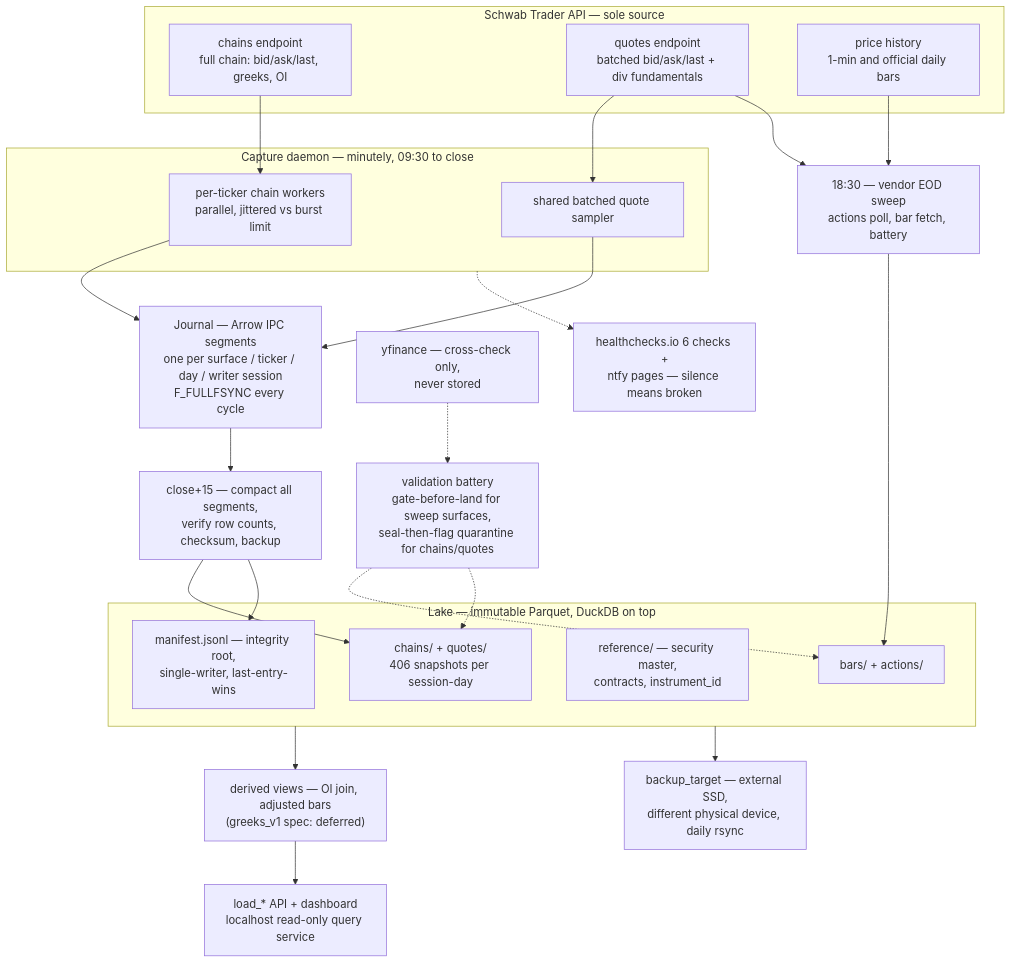
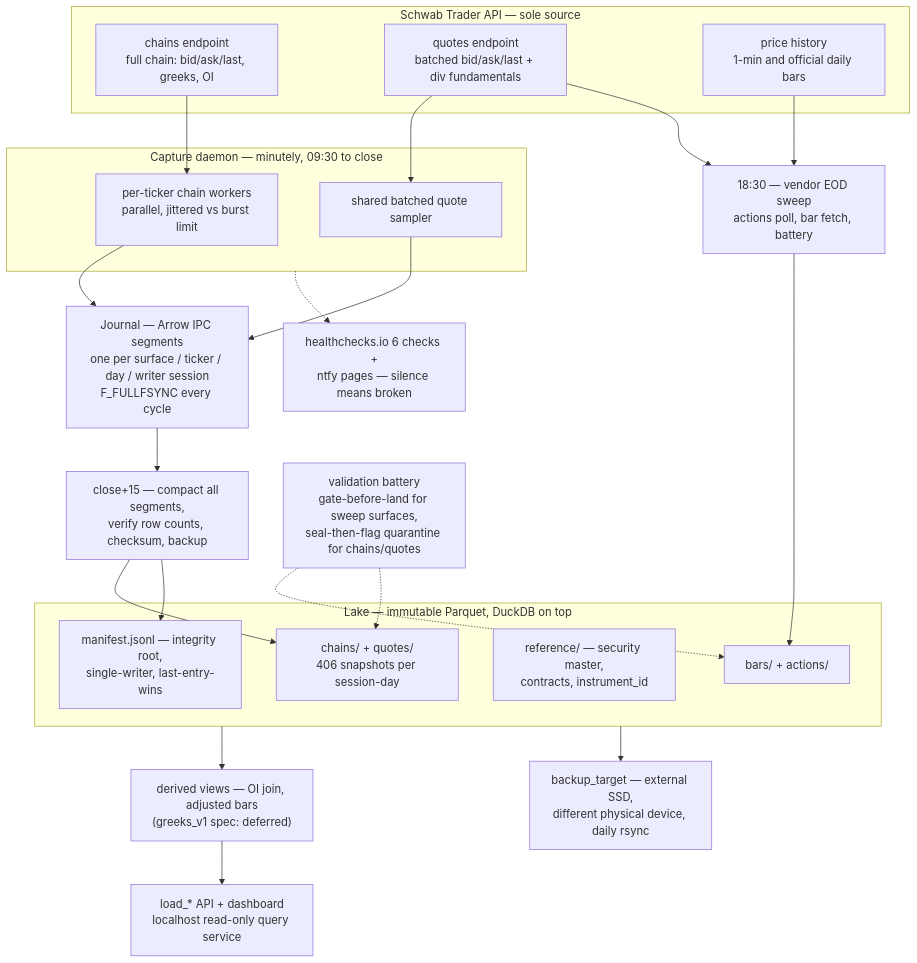
One commit to UsmanGhias/marketlake changed the diagram in docs/design.md. Above: the diagram before and after it, drawn with Mermaid. The commit also changed other lines of this file and 1 other file, not shown here.

First line of the commit message:
docs: cut the second vendor from the cross-check (#288)

````diff
--- a/docs/design.md
+++ b/docs/design.md
@@ -40,50 +40,48 @@
 ```mermaid
 flowchart TB
   subgraph SCHWAB["Schwab Trader API — sole source"]
     CH["chains endpoint<br/>full chain: bid/ask/last, greeks, OI"]
     QT["quotes endpoint<br/>batched bid/ask/last + div fundamentals"]
     PH["price history<br/>1-min and official daily bars"]
   end
 
   subgraph CAP["Capture daemon — minutely, 09:30 to close"]
     W["per-ticker chain workers<br/>parallel, jittered vs burst limit"]
     QS["shared batched quote sampler"]
   end
 
   J["Journal — Arrow IPC segments<br/>one per surface / ticker / day / writer session<br/>F_FULLFSYNC every cycle"]
 
   CMP["close+15 — compact all segments,<br/>verify row counts, checksum, backup"]
   SWP["18:30 — vendor EOD sweep<br/>actions poll, bar fetch, battery"]
 
   subgraph LAKE["Lake — immutable Parquet, DuckDB on top"]
     CP["chains/ + quotes/<br/>406 snapshots per session-day"]
     BP["bars/ + actions/"]
     RP["reference/ — security master,<br/>contracts, instrument_id"]
     MF["manifest.jsonl — integrity root,<br/>single-writer, last-entry-wins"]
   end
 
   BAT["validation battery<br/>gate-before-land for sweep surfaces,<br/>seal-then-flag quarantine for chains/quotes"]
-  YF["yfinance — cross-check only,<br/>never stored"]
   BK["backup_target — external SSD,<br/>different physical device, daily rsync"]
   DV["derived views — OI join, adjusted bars<br/>(greeks_v1 spec: deferred)"]
   RD["load_* API + dashboard<br/>localhost read-only query service"]
   MON["healthchecks.io 6 checks +<br/>ntfy pages — silence means broken"]
 
   CH --> W
   QT --> QS
   W --> J
   QS --> J
   J --> CMP
   CMP --> CP
   CMP --> MF
   PH --> SWP
   QT --> SWP
   SWP --> BP
-  YF -.-> BAT
   BAT -.-> BP
   BAT -.-> CP
   LAKE --> DV
   DV --> RD
   LAKE --> BK
   CAP -.-> MON
 ```
````
